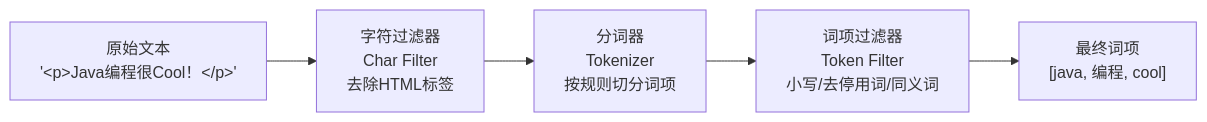
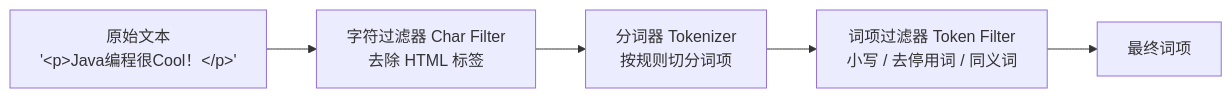
The second of 3 diagrams in docs/elasticsearch/02-indexing/chapter-04-chinese-analysis.md (b1tzer/the-stack), drawn with Mermaid before and after one commit. The commit also changed other lines of this file and 467 other files, not shown here.

````diff
--- a/docs/elasticsearch/02-indexing/chapter-04-chinese-analysis.md
+++ b/docs/elasticsearch/02-indexing/chapter-04-chinese-analysis.md
@@ -26,7 +42,7 @@
 ```mermaid
 flowchart LR
-    Input["原始文本<br>'&lt;p&gt;Java编程很Cool！&lt;/p&gt;'"] --> CF["字符过滤器<br>Char Filter<br>去除HTML标签"]
-    CF --> T["分词器<br>Tokenizer<br>按规则切分词项"]
-    T --> TF["词项过滤器<br>Token Filter<br>小写/去停用词/同义词"]
-    TF --> Output["最终词项<br>[java, 编程, cool]"]
+    Input["原始文本<br>'&lt;p&gt;Java编程很Cool！&lt;/p&gt;'"] --> CF["字符过滤器 Char Filter<br>去除 HTML 标签"]
+    CF --> T["分词器 Tokenizer<br>按规则切分词项"]
+    T --> TF["词项过滤器 Token Filter<br>小写 / 去停用词 / 同义词"]
+    TF --> Output["最终词项"]
 ```
````
